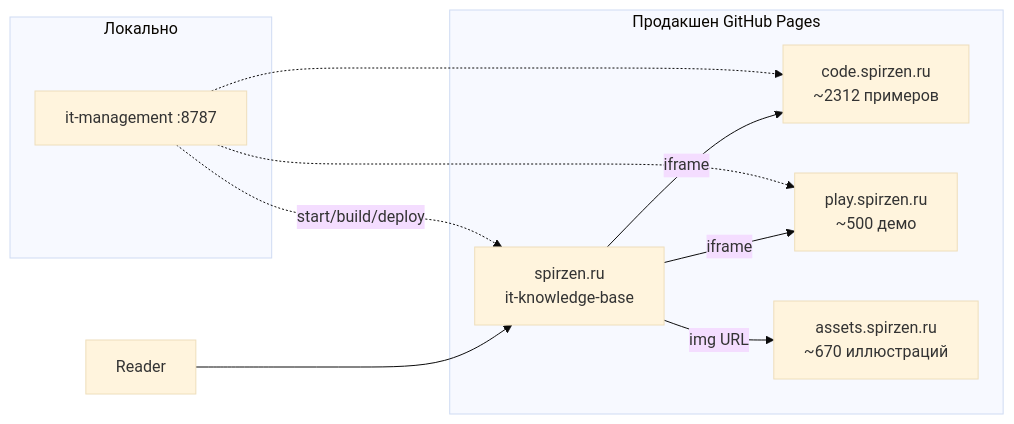
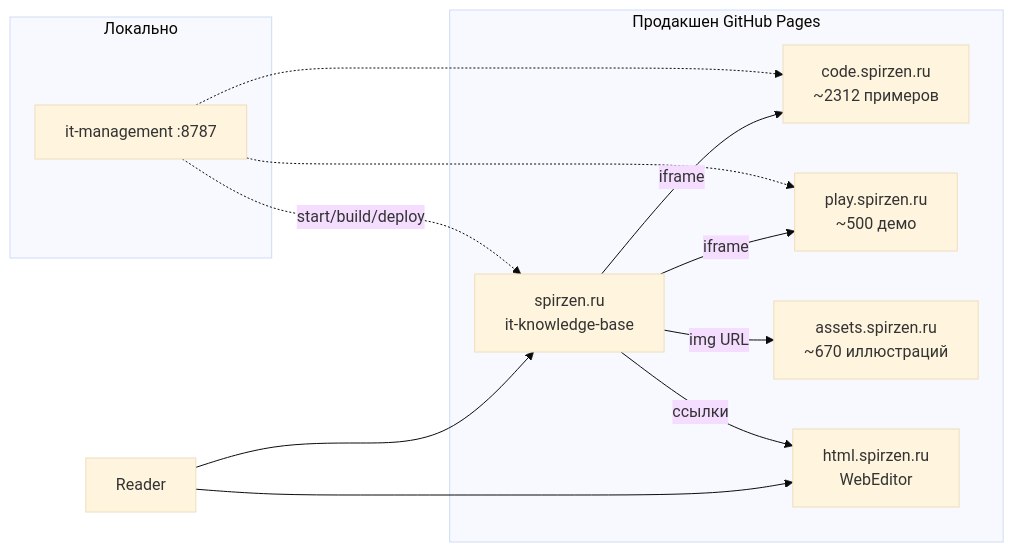
Before and after one commit to Spirzen/it-knowledge-base: diagram 12 of 13 in info/ARCHITECTURE.md, drawn with Mermaid (base theme). The commit also changed other lines of this file and 128 other files, not shown here.

````diff
--- a/info/ARCHITECTURE.md
+++ b/info/ARCHITECTURE.md
@@ -578,21 +578,24 @@
 ```mermaid
 flowchart LR
   subgraph prod [Продакшен GitHub Pages]
     KB[spirzen.ru<br/>it-knowledge-base]
     CODE[code.spirzen.ru<br/>~2312 примеров]
     PLAY[play.spirzen.ru<br/>~500 демо]
     MEDIA[assets.spirzen.ru<br/>~670 иллюстраций]
+    HTML[html.spirzen.ru<br/>WebEditor]
   end
 
   subgraph local [Локально]
     MGMT[it-management :8787]
   end
 
   Reader --> KB
+  Reader --> HTML
   KB -->|iframe| CODE
   KB -->|iframe| PLAY
   KB -->|img URL| MEDIA
+  KB -->|ссылки| HTML
   MGMT -.->|start/build/deploy| KB
   MGMT -.-> CODE
   MGMT -.-> PLAY
 ```
````
